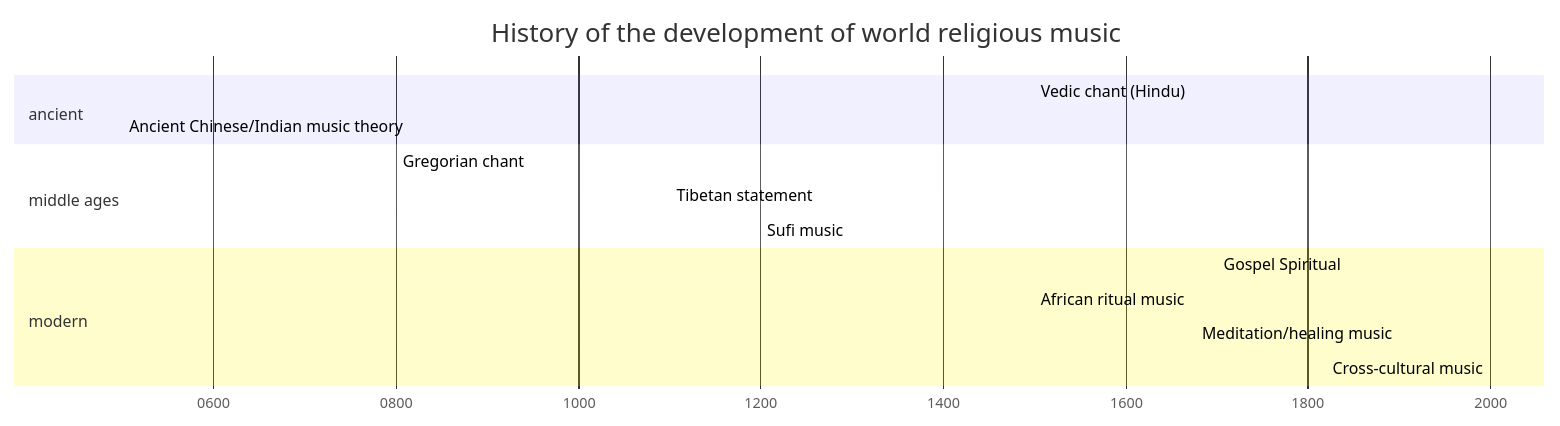
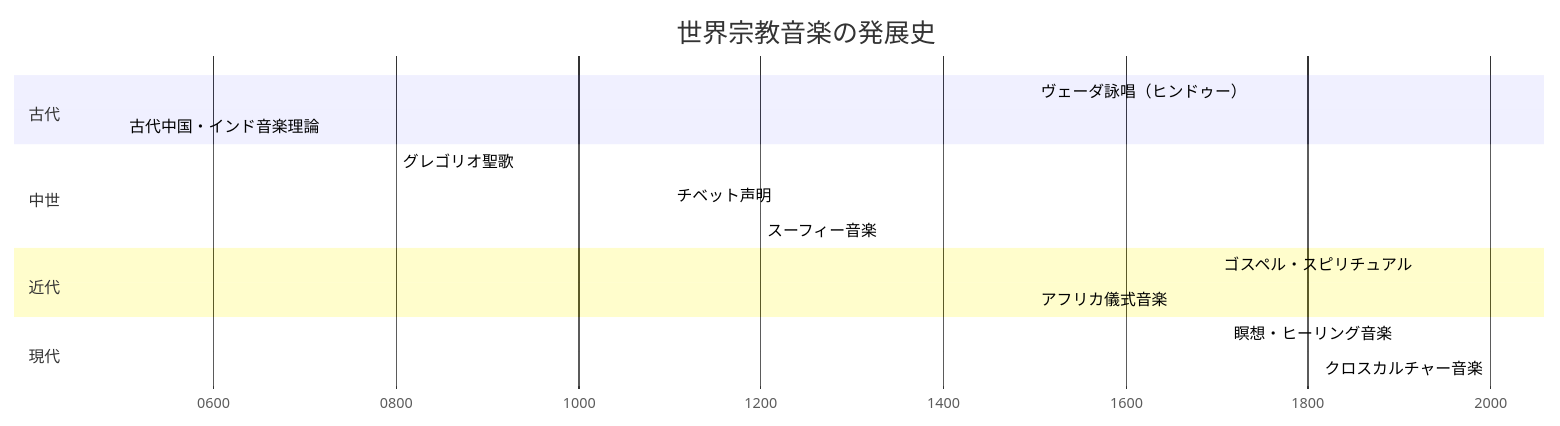
The first of 3 diagrams in en/_posts/2025-11-11-column-religious-music-worldmap.md (monumental-movement/monumental-movement.github.io), drawn with Mermaid before and after one commit. The commit also changed other lines of this file and 211 other files, not shown here.

```diff
--- a/en/_posts/2025-11-11-column-religious-music-worldmap.md
+++ b/en/_posts/2025-11-11-column-religious-music-worldmap.md
@@ -130,26 +130,26 @@
 <div class="mermaid">
 
 gantt
-title History of the development of world religious music
-dateFormat YYYY
-axisFormat %Y
-todayMarker off
+    title 世界宗教音楽の発展史
+    dateFormat  YYYY
+    axisFormat  %Y
+    todayMarker off
 
-section ancient
-Vedic chant (Hindu) :done, -1500, 500
-Ancient Chinese/Indian music theory: -500, 500
+    section 古代
+    ヴェーダ詠唱（ヒンドゥー） :done, -1500, 500
+    古代中国・インド音楽理論 : -500, 500
 
-section middle ages
-Gregorian chant: 800, 400
-Tibetan statement: 1100, 900
-Sufi music: 1200, 800
+    section 中世
+    グレゴリオ聖歌 : 800, 400
+    チベット声明 : 1100, 900
+    スーフィー音楽 : 1200, 800
 
-section modern
-Gospel Spiritual: 1700, 300
-African ritual music: 1500, 500
+    section 近代
+    ゴスペル・スピリチュアル : 1700, 300
+    アフリカ儀式音楽 : 1500, 500
 
-section modern
-Meditation/healing music: 1900, 125
-Cross-cultural music: 2000, 50
+    section 現代
+    瞑想・ヒーリング音楽 : 1900, 125
+    クロスカルチャー音楽 : 2000, 50
 
 </div>
```
